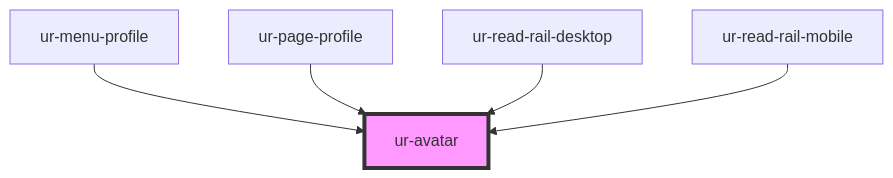
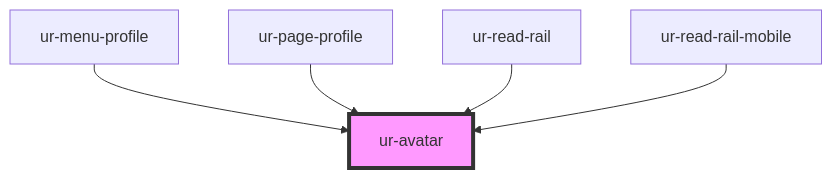
Before and after one commit to hellish/urnovl-web-components: the diagram in src/components/ur-avatar/readme.md, drawn with Mermaid. The commit also changed other lines of this file and 4 other files, not shown here.

Commit message:
fix again read rail

````diff
--- a/src/components/ur-avatar/readme.md
+++ b/src/components/ur-avatar/readme.md
@@ -29,8 +29,8 @@
 ```mermaid
 graph TD;
   ur-menu-profile --> ur-avatar
   ur-page-profile --> ur-avatar
-  ur-read-rail-desktop --> ur-avatar
+  ur-read-rail --> ur-avatar
   ur-read-rail-mobile --> ur-avatar
   style ur-avatar fill:#f9f,stroke:#333,stroke-width:4px
 ```
````
